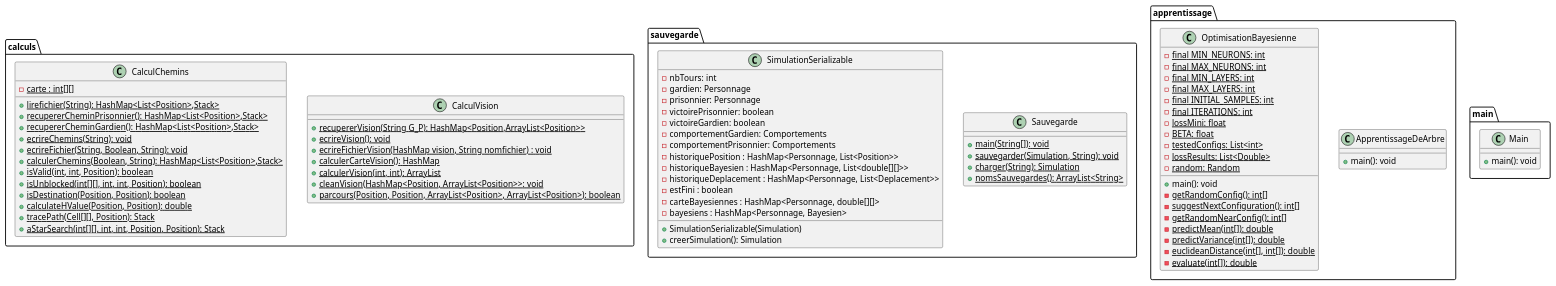
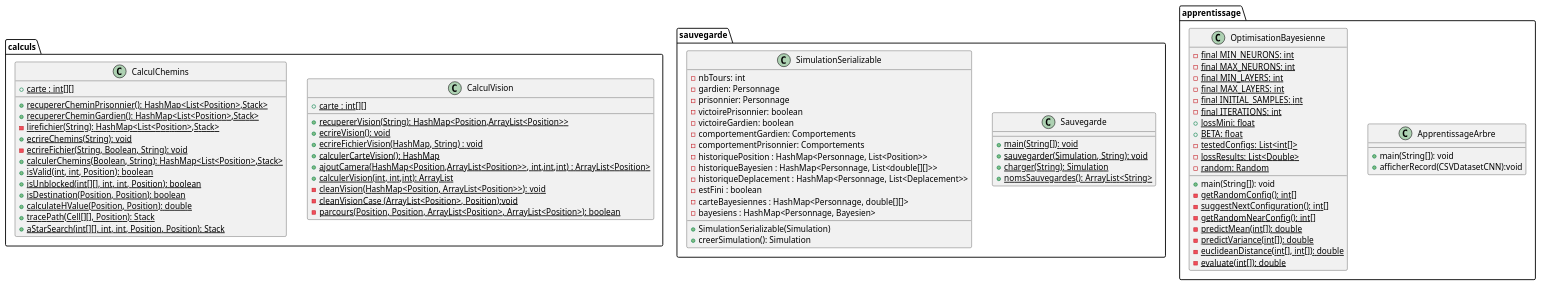
One commit to celie-ponroy/projet_tutore_amaglio_bitsindou_dechezlepretre_ponroy_RAIL2 changed the diagram in projet_tut_poursuite-evasion/code_diag_class/diagClassPart4.puml. Above: the diagram before and after it, drawn with PlantUML. The commit also changed 3 other files, not shown here.

Commit message:
diagramme de classe

```diff
--- a/projet_tut_poursuite-evasion/code_diag_class/diagClassPart4.puml
+++ b/projet_tut_poursuite-evasion/code_diag_class/diagClassPart4.puml
@@ -1,86 +1,85 @@
 @startuml
 package "calculs"{
   class CalculVision{
-    + {static} recupererVision(String G_P): HashMap<Position,ArrayList<Position>>
+    + {static} carte : int[][]
+    + {static} recupererVision(String): HashMap<Position,ArrayList<Position>>
     + {static} ecrireVision(): void
-    + {static} ecrireFichierVision(HashMap vision, String nomfichier) : void
+    + {static} ecrireFichierVision(HashMap, String) : void
     + {static} calculerCarteVision(): HashMap
-    + {static} calculerVision(int, int): ArrayList
-    + {static} cleanVision(HashMap<Position, ArrayList<Position>>: void
-    + {static} parcours(Position, Position, ArrayList<Position>, ArrayList<Position>): boolean
+    + {static} ajoutCamera(HashMap<Position,ArrayList<Position>>, int,int,int) : ArrayList<Position>
+    + {static} calculerVision(int, int,int): ArrayList
+    - {static} cleanVision(HashMap<Position, ArrayList<Position>>): void
+    - {static} cleanVisionCase (ArrayList<Position>, Position):void
+    - {static} parcours(Position, Position, ArrayList<Position>, ArrayList<Position>): boolean
   }
   class CalculChemins {
-    - {static} carte : int[][]
-    + {static} lirefichier(String): HashMap<List<Position>,Stack>
+    + {static} carte : int[][]
     + {static} recupererCheminPrisonnier(): HashMap<List<Position>,Stack>
     + {static} recupererCheminGardien(): HashMap<List<Position>,Stack>
+    - {static} lirefichier(String): HashMap<List<Position>,Stack>
     + {static} ecrireChemins(String): void
-    + {static} ecrireFichier(String, Boolean, String): void
+    - {static} ecrireFichier(String, Boolean, String): void
     + {static} calculerChemins(Boolean, String): HashMap<List<Position>,Stack>
     + {static} isValid(int, int, Position): boolean
     + {static} isUnblocked(int[][], int, int, Position): boolean
     + {static} isDestination(Position, Position): boolean
     + {static} calculateHValue(Position, Position): double
     + {static} tracePath(Cell[][], Position): Stack
     + {static} aStarSearch(int[][], int, int, Position, Position): Stack
   }
 }
 
 package sauvegarde{
     class Sauvegarde{
     + {static} main(String[]): void
     + {static} sauvegarder(Simulation, String): void
     + {static} charger(String): Simulation
     + {static} nomsSauvegardes(): ArrayList<String>
     }
     class SimulationSerializable{
         - nbTours: int
         - gardien: Personnage
         - prisonnier: Personnage
         - victoirePrisonnier: boolean
         - victoireGardien: boolean
         - comportementGardien: Comportements
         - comportementPrisonnier: Comportements
         - historiquePosition : HashMap<Personnage, List<Position>>
         - historiqueBayesien : HashMap<Personnage, List<double[][]>>
         - historiqueDeplacement : HashMap<Personnage, List<Deplacement>>
         - estFini : boolean
         - carteBayesiennes : HashMap<Personnage, double[][]>
         - bayesiens : HashMap<Personnage, Bayesien>
         + SimulationSerializable(Simulation)
         + creerSimulation(): Simulation
     }
 }
 package "apprentissage"{
-    class ApprentissageDeArbre{
-        + main(): void
+    class ApprentissageArbre{
+        + main(String[]): void
+        + afficherRecord(CSVDatasetCNN):void
     }
     class OptimisationBayesienne{
         - {static} final MIN_NEURONS: int
         - {static} final MAX_NEURONS: int
         - {static} final MIN_LAYERS: int
         - {static} final MAX_LAYERS: int
         - {static} final INITIAL_SAMPLES: int
         - {static} final ITERATIONS: int
-        - {static} lossMini: float
-        - {static} BETA: float
-        - {static} testedConfigs: List<int>
+        + {static} lossMini: float
+        + {static} BETA: float
+        - {static} testedConfigs: List<int[]>
         - {static} lossResults: List<Double>
         - {static} random: Random
-        + main(): void
+        + main(String[]): void
         - {static} getRandomConfig(): int[]
         - {static} suggestNextConfiguration(): int[]
         - {static} getRandomNearConfig(): int[]
         - {static} predictMean(int[]): double
         - {static} predictVariance(int[]): double
         - {static} euclideanDistance(int[], int[]): double
         - {static} evaluate(int[]): double
     }
   }
 
-package "main"{
-  class Main{
-    + main(): void
-  }
-}
 @enduml
```
